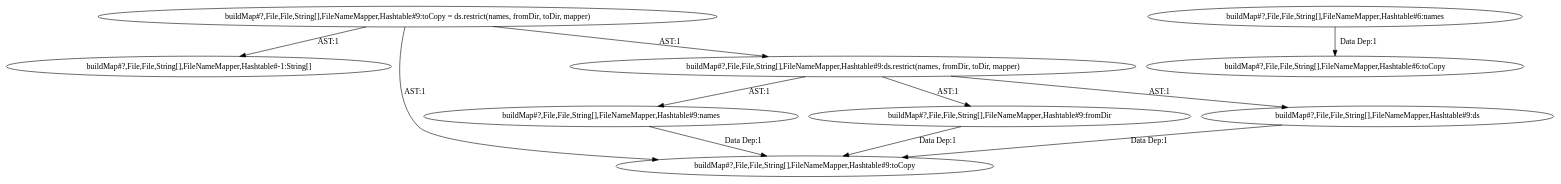
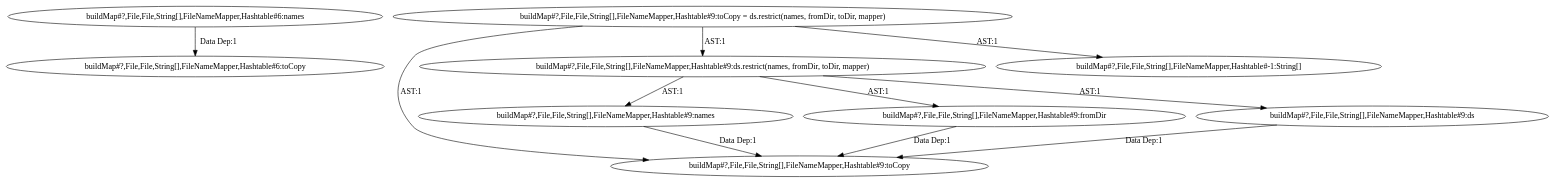
The diagram in codegraph4spoon/out/c3_ant_13_pattern_abstract.dot (ssmingz/FixGen), drawn with Graphviz before and after one commit. The commit also changed 27 other files, not shown here.

```diff
--- a/codegraph4spoon/out/c3_ant_13_pattern_abstract.dot
+++ b/codegraph4spoon/out/c3_ant_13_pattern_abstract.dot
@@ -1,21 +1,21 @@
 digraph "Pattern" {
-0 [label="buildMap#?,File,File,String[],FileNameMapper,Hashtable#9:names" shape=ellipse]
-1 [label="buildMap#?,File,File,String[],FileNameMapper,Hashtable#9:fromDir" shape=ellipse]
-2 [label="buildMap#?,File,File,String[],FileNameMapper,Hashtable#6:names" shape=ellipse]
-3 [label="buildMap#?,File,File,String[],FileNameMapper,Hashtable#9:toCopy = ds.restrict(names, fromDir, toDir, mapper)" shape=ellipse]
-4 [label="buildMap#?,File,File,String[],FileNameMapper,Hashtable#6:toCopy" shape=ellipse]
-5 [label="buildMap#?,File,File,String[],FileNameMapper,Hashtable#-1:String[]" shape=ellipse]
-6 [label="buildMap#?,File,File,String[],FileNameMapper,Hashtable#9:toCopy" shape=ellipse]
-7 [label="buildMap#?,File,File,String[],FileNameMapper,Hashtable#9:ds" shape=ellipse]
-8 [label="buildMap#?,File,File,String[],FileNameMapper,Hashtable#9:ds.restrict(names, fromDir, toDir, mapper)" shape=ellipse]
-0 -> 6 [label="Data Dep:1"];
-1 -> 6 [label="Data Dep:1"];
-2 -> 4 [label="Data Dep:1"];
-3 -> 5 [label="AST:1"];
-3 -> 6 [label="AST:1"];
-3 -> 8 [label="AST:1"];
-7 -> 6 [label="Data Dep:1"];
-8 -> 0 [label="AST:1"];
-8 -> 1 [label="AST:1"];
-8 -> 7 [label="AST:1"];
+0 [label="buildMap#?,File,File,String[],FileNameMapper,Hashtable#6:toCopy" shape=ellipse]
+1 [label="buildMap#?,File,File,String[],FileNameMapper,Hashtable#9:toCopy" shape=ellipse]
+2 [label="buildMap#?,File,File,String[],FileNameMapper,Hashtable#9:names" shape=ellipse]
+3 [label="buildMap#?,File,File,String[],FileNameMapper,Hashtable#9:fromDir" shape=ellipse]
+4 [label="buildMap#?,File,File,String[],FileNameMapper,Hashtable#9:toCopy = ds.restrict(names, fromDir, toDir, mapper)" shape=ellipse]
+5 [label="buildMap#?,File,File,String[],FileNameMapper,Hashtable#9:ds" shape=ellipse]
+6 [label="buildMap#?,File,File,String[],FileNameMapper,Hashtable#6:names" shape=ellipse]
+7 [label="buildMap#?,File,File,String[],FileNameMapper,Hashtable#9:ds.restrict(names, fromDir, toDir, mapper)" shape=ellipse]
+8 [label="buildMap#?,File,File,String[],FileNameMapper,Hashtable#-1:String[]" shape=ellipse]
+2 -> 1 [label="Data Dep:1"];
+3 -> 1 [label="Data Dep:1"];
+4 -> 1 [label="AST:1"];
+4 -> 8 [label="AST:1"];
+4 -> 7 [label="AST:1"];
+5 -> 1 [label="Data Dep:1"];
+6 -> 0 [label="Data Dep:1"];
+7 -> 2 [label="AST:1"];
+7 -> 3 [label="AST:1"];
+7 -> 5 [label="AST:1"];
 }
```
